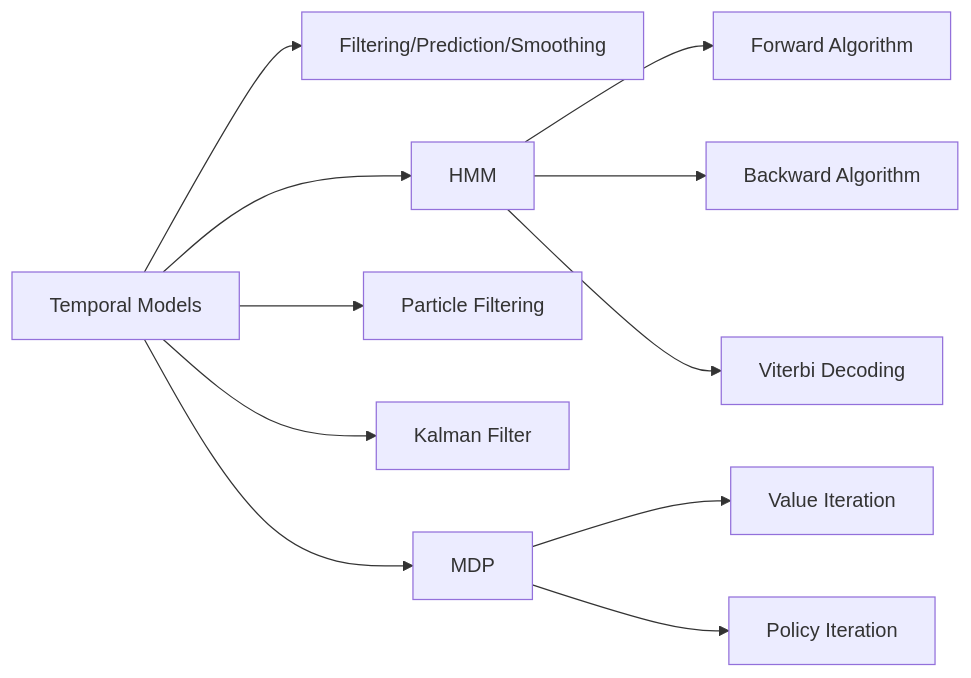
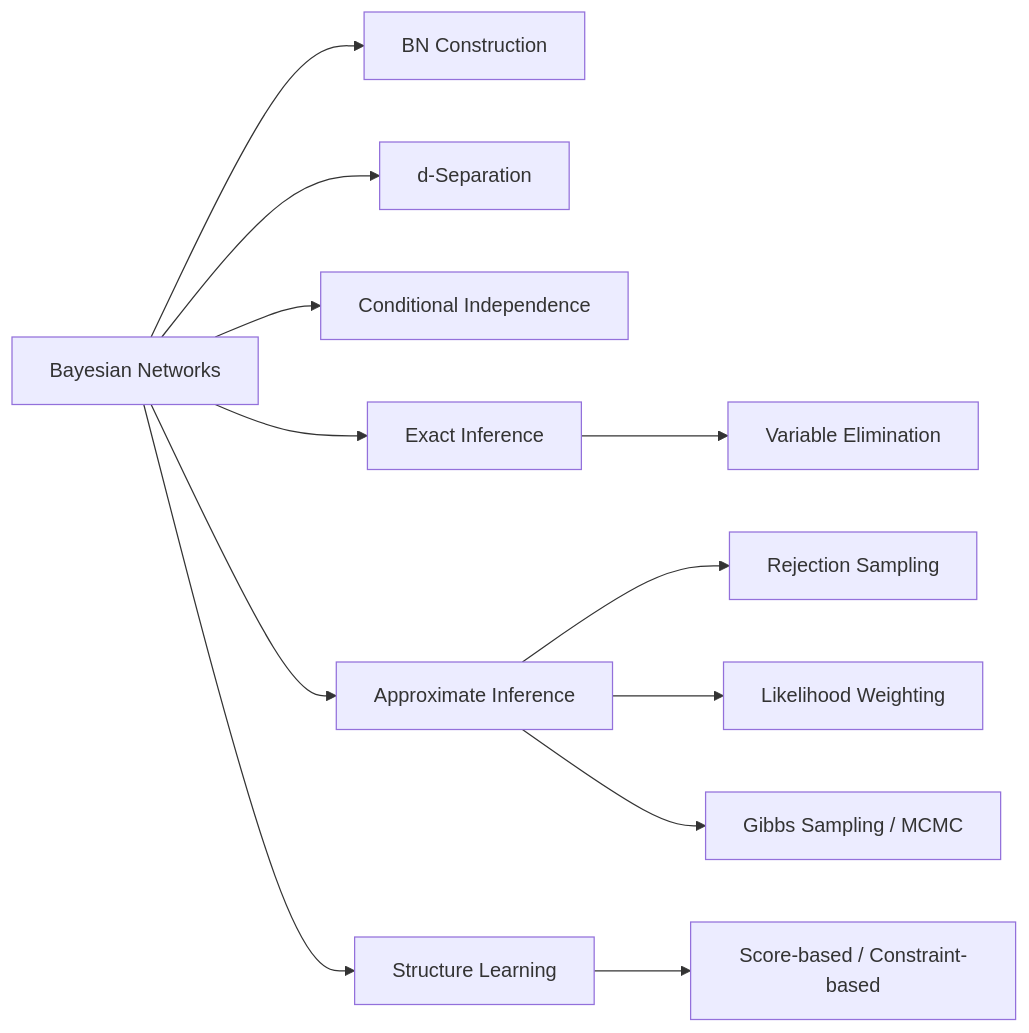
One commit to Raushan666java/ai-engineering-journey changed the diagram in docs/courses/artificial-intelligence/10-probabilistic-reasoning.md. Above: the diagram before and after it, drawn with Mermaid. The commit also changed other lines of this file and 26 other files, not shown here.

````diff
--- a/docs/courses/artificial-intelligence/10-probabilistic-reasoning.md
+++ b/docs/courses/artificial-intelligence/10-probabilistic-reasoning.md
@@ -24,13 +22,14 @@
 ```mermaid
 flowchart LR
-    A[Temporal Models] --> B[Filtering/Prediction/Smoothing]
-    A --> C[HMM]
-    C --> D[Forward Algorithm]
-    C --> E[Backward Algorithm]
-    C --> F[Viterbi Decoding]
-    A --> G[Particle Filtering]
-    A --> H[Kalman Filter]
-    A --> I[MDP]
-    I --> J[Value Iteration]
-    I --> K[Policy Iteration]
+    A[Bayesian Networks] --> B[BN Construction]
+    A --> C[d-Separation]
+    A --> D[Conditional Independence]
+    A --> E[Exact Inference]
+    A --> F[Approximate Inference]
+    E --> G[Variable Elimination]
+    F --> H[Rejection Sampling]
+    F --> I[Likelihood Weighting]
+    F --> J[Gibbs Sampling / MCMC]
+    A --> K[Structure Learning]
+    K --> L[Score-based / Constraint-based]
 ```
````
